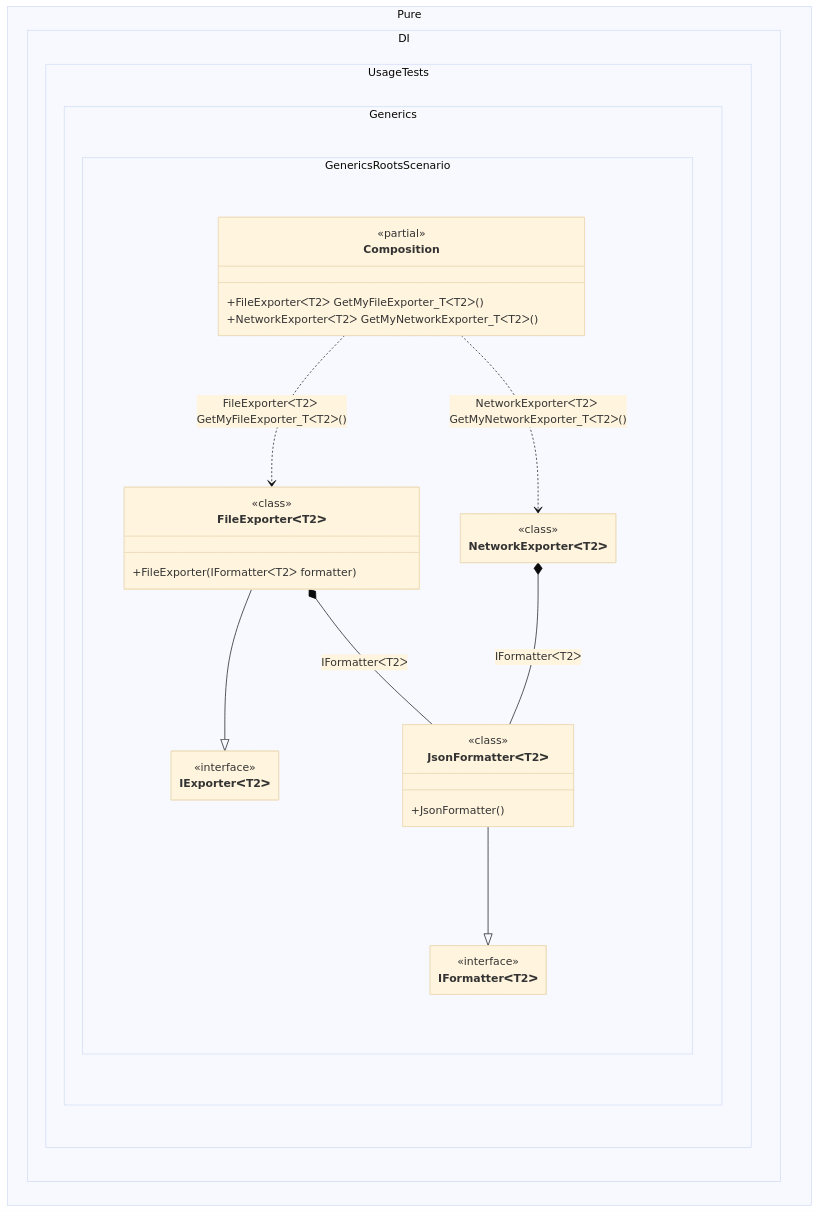
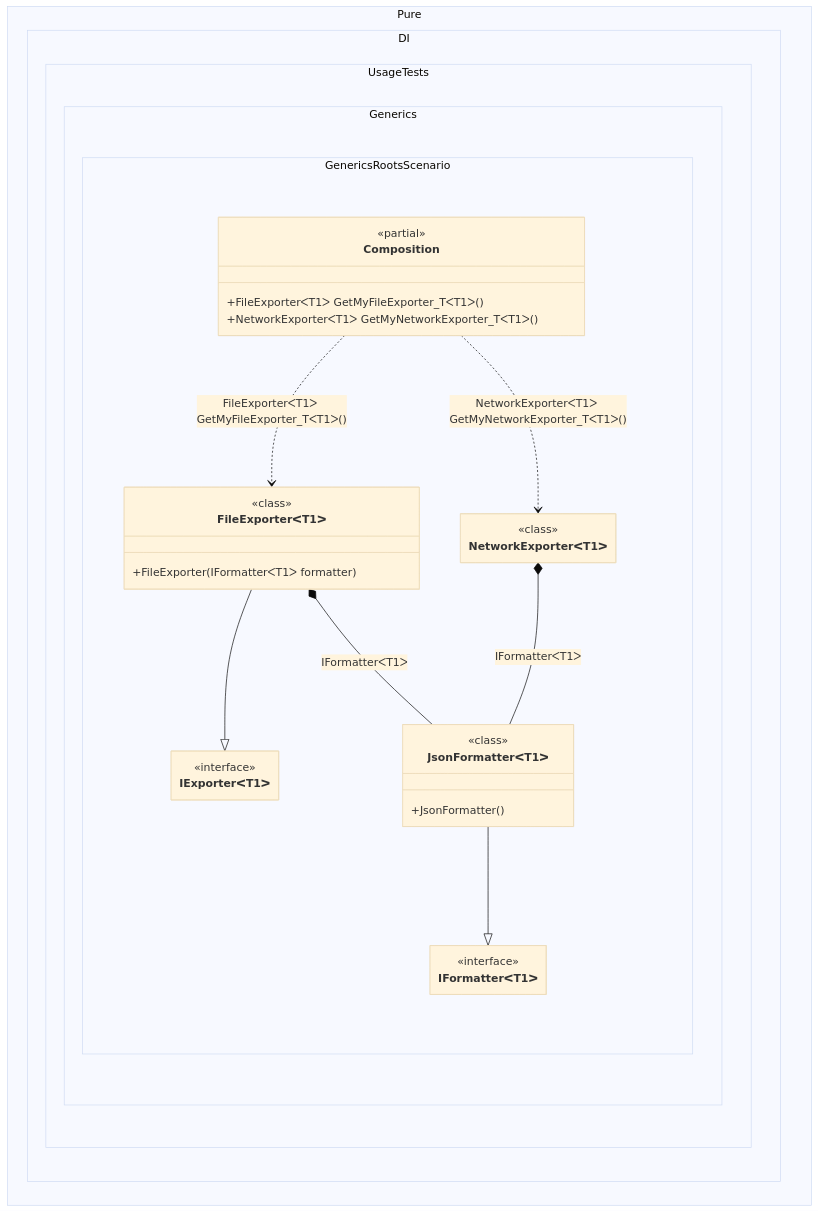
The diagram in readme/generic-roots.md (DevTeam/Pure.DI), drawn with Mermaid (base theme) before and after one commit. The commit also changed other lines of this file and 169 other files, not shown here.

````diff
--- a/readme/generic-roots.md
+++ b/readme/generic-roots.md
@@ -99,40 +99,40 @@
 ```mermaid
 ---
  config:
   maxTextSize: 2147483647
   maxEdges: 2147483647
   class:
    hideEmptyMembersBox: true
 ---
 classDiagram
-	FileExporterᐸT2ᐳ --|> IExporterᐸT2ᐳ
-	JsonFormatterᐸT2ᐳ --|> IFormatterᐸT2ᐳ
-	Composition ..> NetworkExporterᐸT2ᐳ : NetworkExporterᐸT2ᐳ GetMyNetworkExporter_TᐸT2ᐳ()
-	Composition ..> FileExporterᐸT2ᐳ : FileExporterᐸT2ᐳ GetMyFileExporter_TᐸT2ᐳ()
-	NetworkExporterᐸT2ᐳ *--  JsonFormatterᐸT2ᐳ : IFormatterᐸT2ᐳ
-	FileExporterᐸT2ᐳ *--  JsonFormatterᐸT2ᐳ : IFormatterᐸT2ᐳ
+	FileExporterᐸT1ᐳ --|> IExporterᐸT1ᐳ
+	JsonFormatterᐸT1ᐳ --|> IFormatterᐸT1ᐳ
+	Composition ..> NetworkExporterᐸT1ᐳ : NetworkExporterᐸT1ᐳ GetMyNetworkExporter_TᐸT1ᐳ()
+	Composition ..> FileExporterᐸT1ᐳ : FileExporterᐸT1ᐳ GetMyFileExporter_TᐸT1ᐳ()
+	NetworkExporterᐸT1ᐳ *--  JsonFormatterᐸT1ᐳ : IFormatterᐸT1ᐳ
+	FileExporterᐸT1ᐳ *--  JsonFormatterᐸT1ᐳ : IFormatterᐸT1ᐳ
 	namespace Pure.DI.UsageTests.Generics.GenericsRootsScenario {
 		class Composition {
 		<<partial>>
-		+FileExporterᐸT2ᐳ GetMyFileExporter_TᐸT2ᐳ()
-		+NetworkExporterᐸT2ᐳ GetMyNetworkExporter_TᐸT2ᐳ()
+		+FileExporterᐸT1ᐳ GetMyFileExporter_TᐸT1ᐳ()
+		+NetworkExporterᐸT1ᐳ GetMyNetworkExporter_TᐸT1ᐳ()
 		}
-		class FileExporterᐸT2ᐳ {
+		class FileExporterᐸT1ᐳ {
 				<<class>>
-			+FileExporter(IFormatterᐸT2ᐳ formatter)
+			+FileExporter(IFormatterᐸT1ᐳ formatter)
 		}
-		class IExporterᐸT2ᐳ {
+		class IExporterᐸT1ᐳ {
 			<<interface>>
 		}
-		class IFormatterᐸT2ᐳ {
+		class IFormatterᐸT1ᐳ {
 			<<interface>>
 		}
-		class JsonFormatterᐸT2ᐳ {
+		class JsonFormatterᐸT1ᐳ {
 				<<class>>
 			+JsonFormatter()
 		}
-		class NetworkExporterᐸT2ᐳ {
+		class NetworkExporterᐸT1ᐳ {
 				<<class>>
 		}
 	}
 ```
````
